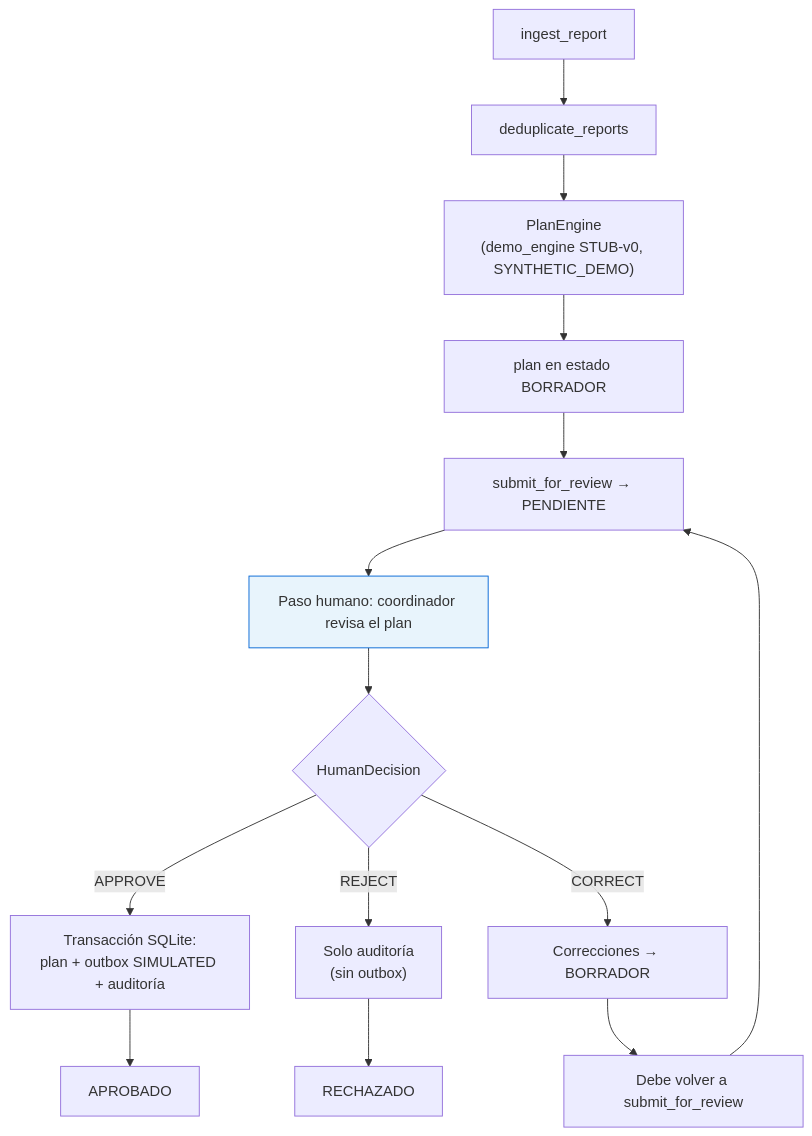
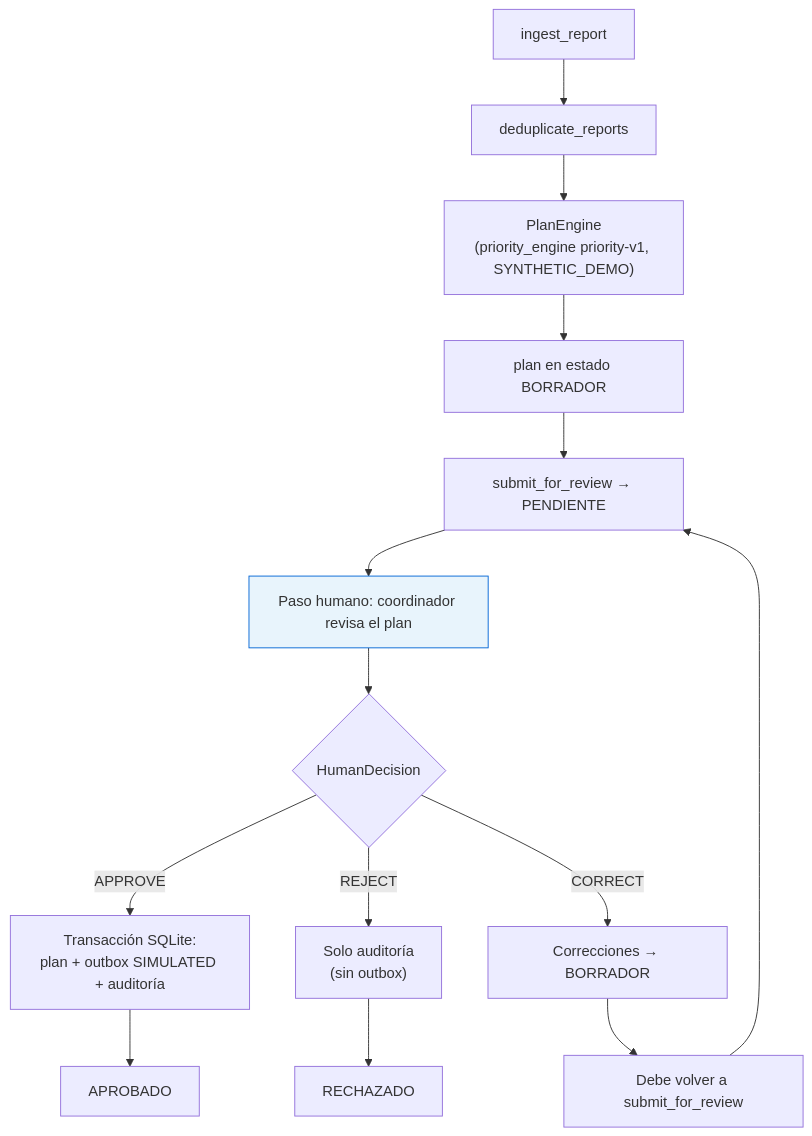
Before and after one commit to HackathonFISC/equipo-12: the diagram in docs/diagrama_supervision.md, drawn with Mermaid. The commit also changed 8 other files, not shown here.

````diff
--- a/docs/diagrama_supervision.md
+++ b/docs/diagrama_supervision.md
@@ -5,21 +5,21 @@
 ```mermaid
 flowchart TD
     A[ingest_report] --> B[deduplicate_reports]
-    B --> C["PlanEngine<br/>(demo_engine STUB-v0, SYNTHETIC_DEMO)"]
+    B --> C["PlanEngine<br/>(priority_engine priority-v1, SYNTHETIC_DEMO)"]
     C --> D[plan en estado BORRADOR]
     D --> E[submit_for_review → PENDIENTE]
     E --> F["Paso humano: coordinador revisa el plan"]
     F --> G{HumanDecision}
 
     G -->|APPROVE| H["Transacción SQLite:<br/>plan + outbox SIMULATED + auditoría"]
     H --> I[APROBADO]
 
     G -->|REJECT| J["Solo auditoría<br/>(sin outbox)"]
     J --> K[RECHAZADO]
 
     G -->|CORRECT| L[Correcciones → BORRADOR]
     L --> M[Debe volver a submit_for_review]
     M --> E
 
     style F fill:#e8f4fc,stroke:#0366d6
 ```
````
